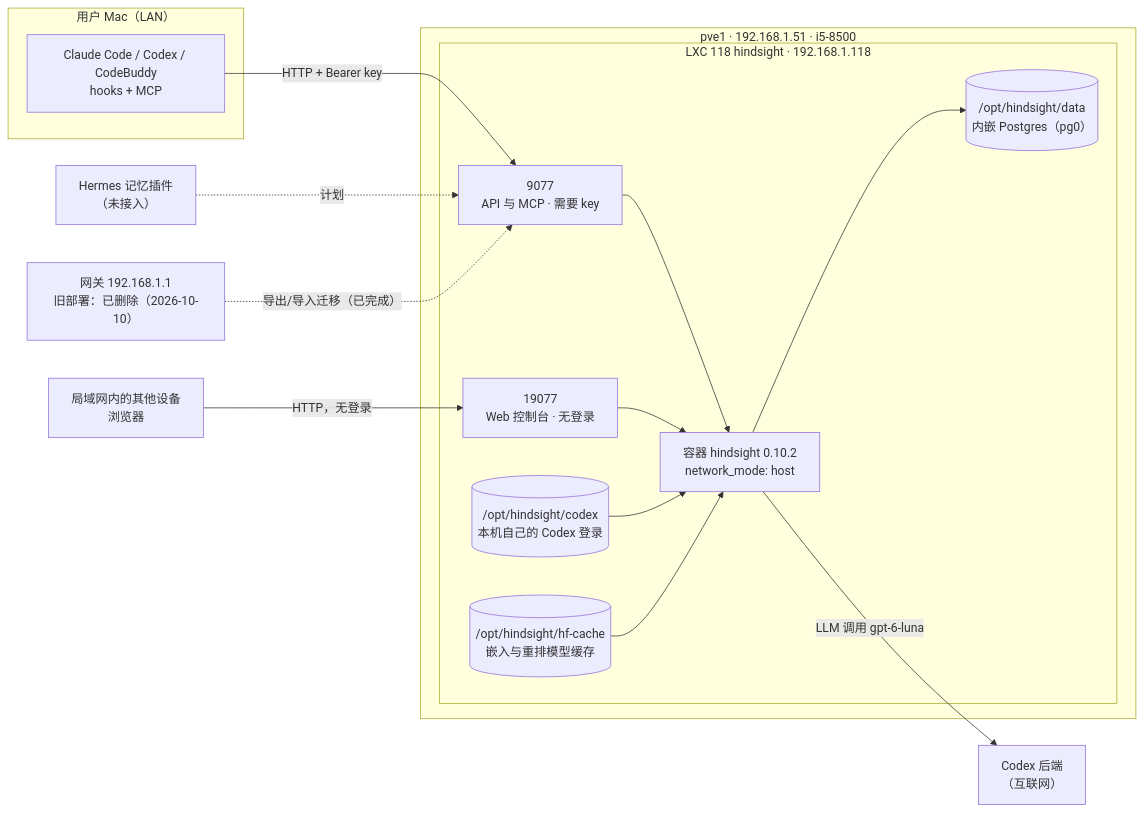
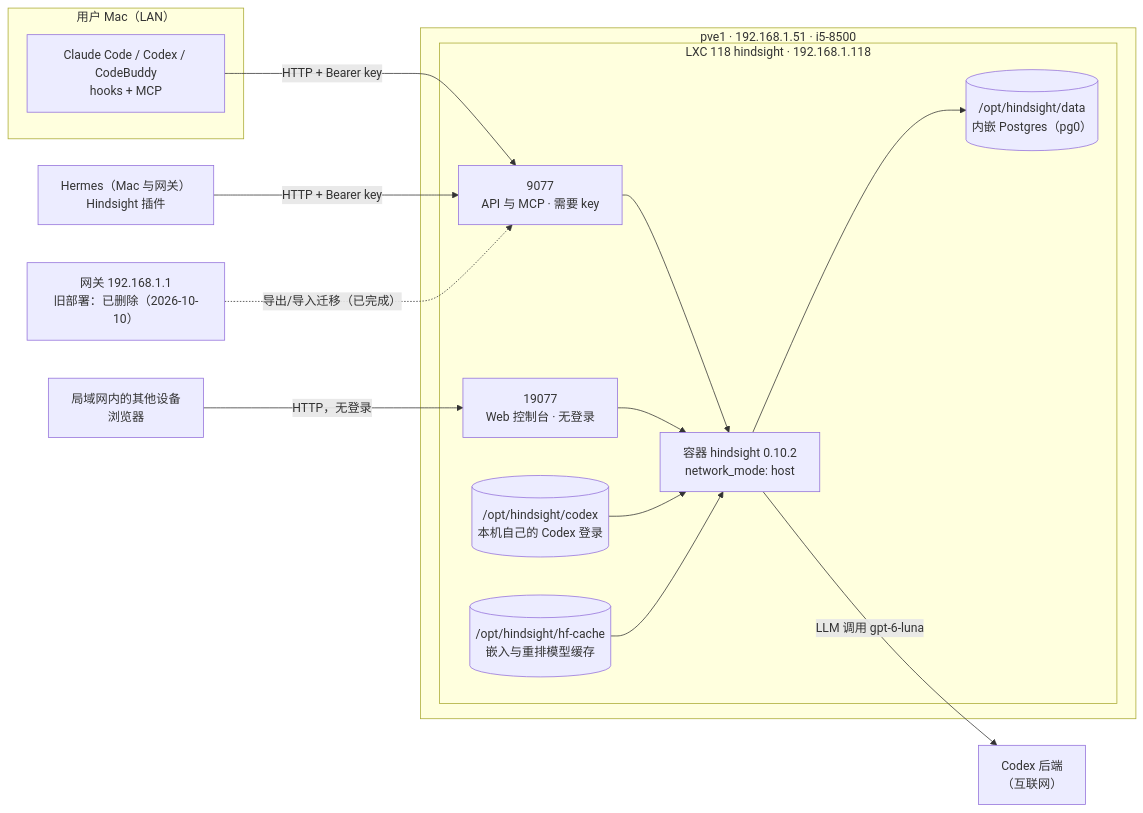
One commit to blue126/IaC changed the diagram in docs/architecture/hindsight-memory-architecture.md. Above: the diagram before and after it, drawn with Mermaid. The commit also changed other lines of this file and 3 other files, not shown here.

First line of the commit message:
docs(hindsight): document the Hermes integration and the 6-core LXC

````diff
--- a/docs/architecture/hindsight-memory-architecture.md
+++ b/docs/architecture/hindsight-memory-architecture.md
@@ -19,30 +19,30 @@
 ```mermaid
 flowchart LR
     subgraph MAC["用户 Mac（LAN）"]
         CLI["Claude Code / Codex / CodeBuddy<br/>hooks + MCP"]
     end
     LAN["局域网内的其他设备<br/>浏览器"]
-    HERMES["Hermes 记忆插件<br/>（未接入）"]
+    HERMES["Hermes（Mac 与网关）<br/>Hindsight 插件"]
     OPENAI["Codex 后端<br/>（互联网）"]
     GW["网关 192.168.1.1<br/>旧部署：已删除（2026-10-10）"]
     subgraph PVE1["pve1 · 192.168.1.51 · i5-8500"]
         subgraph LXC["LXC 118 hindsight · 192.168.1.118"]
             API["9077<br/>API 与 MCP · 需要 key"]
             CON["19077<br/>Web 控制台 · 无登录"]
             HS["容器 hindsight 0.10.2<br/>network_mode: host"]
             DATA[("/opt/hindsight/data<br/>内嵌 Postgres（pg0）")]
             CODEX[("/opt/hindsight/codex<br/>本机自己的 Codex 登录")]
             HFC[("/opt/hindsight/hf-cache<br/>嵌入与重排模型缓存")]
         end
     end
     CLI -->|HTTP + Bearer key| API
     LAN -->|HTTP，无登录| CON
-    HERMES -.->|计划| API
+    HERMES -->|HTTP + Bearer key| API
     API --> HS
     CON --> HS
     HS --> DATA
     CODEX --> HS
     HFC --> HS
     HS -->|LLM 调用 gpt-6-luna| OPENAI
     GW -.->|"导出/导入迁移（已完成）"| API
 ```
````
